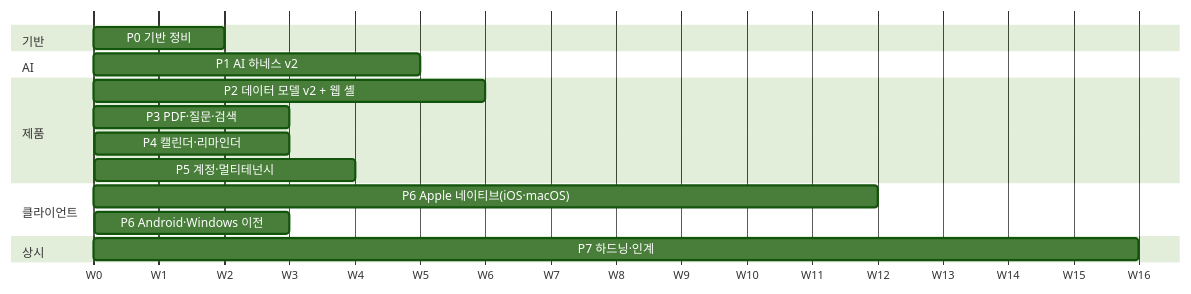
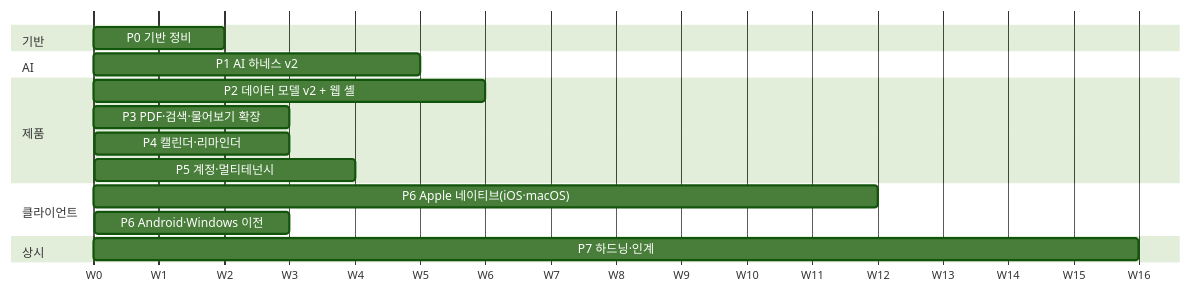
Before and after one commit to eunhhu/lectern: the diagram in docs/v2/ROADMAP.md, drawn with Mermaid (forest theme). The commit also changed other lines of this file and 5 other files, not shown here.

First line of the commit message:
docs(ask): ADR-0009 물어보기 RAG; drop review questions from the roadmap

````diff
--- a/docs/v2/ROADMAP.md
+++ b/docs/v2/ROADMAP.md
@@ -35,19 +38,19 @@
 ```mermaid
 gantt
   dateFormat  X
   axisFormat  W%s
   section 기반
   P0 기반 정비                 :p0, 0, 2
   section AI
   P1 AI 하네스 v2              :p1, 2, 5
   section 제품
   P2 데이터 모델 v2 + 웹 셸     :p2, 3, 6
-  P3 PDF·질문·검색             :p3, 8, 3
+  P3 PDF·검색·물어보기 확장     :p3, 8, 3
   P4 캘린더·리마인더            :p4, 10, 3
   P5 계정·멀티테넌시            :p5, 11, 4
   section 클라이언트
   P6 Apple 네이티브(iOS·macOS) :p6, 4, 12
   P6 Android·Windows 이전      :p6b, 13, 3
   section 상시
   P7 하드닝·인계                :p7, 2, 16
 ```
````
